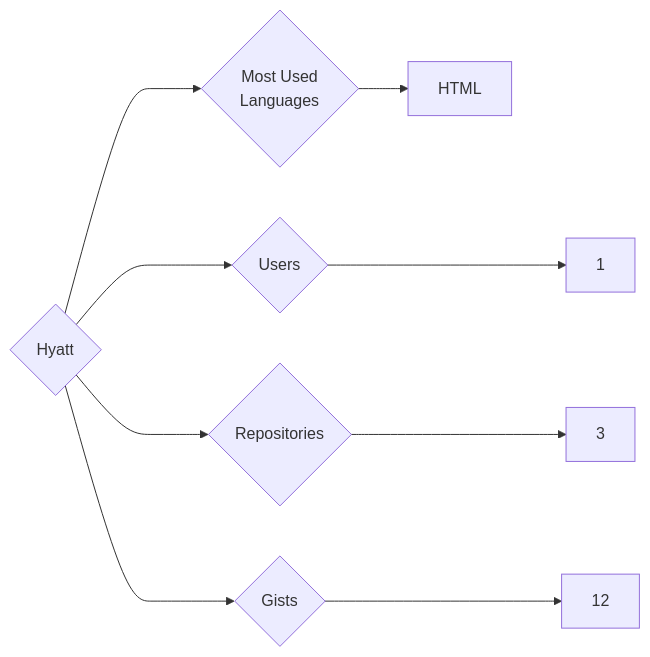
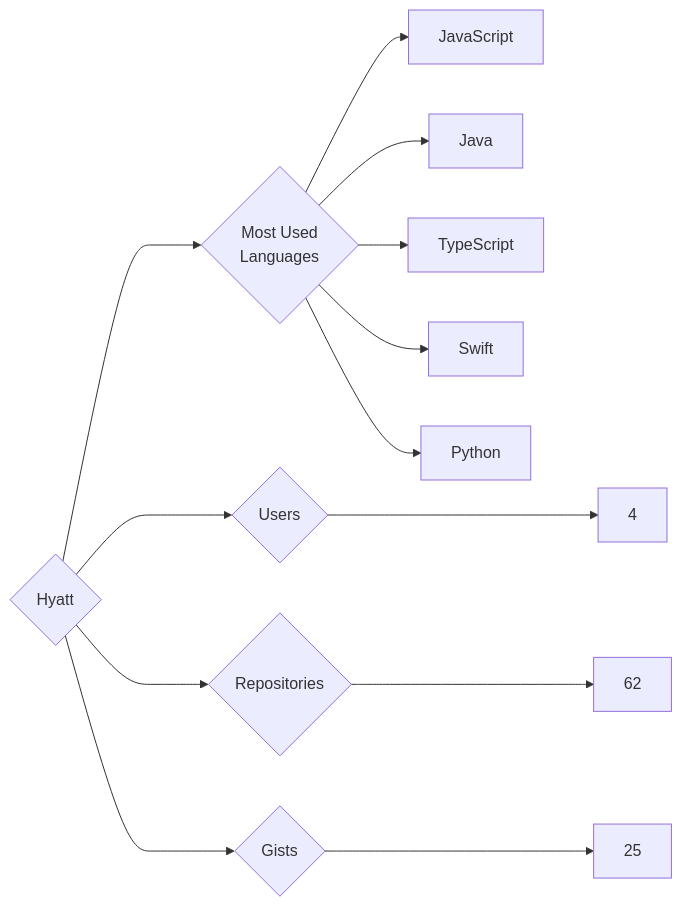
Before and after one commit to trickest/insiders: the diagram in targets/Hyatt/README.md, drawn with Mermaid. The commit also changed 718 other files, not shown here.

````diff
--- a/targets/Hyatt/README.md
+++ b/targets/Hyatt/README.md
@@ -3,9 +3,13 @@
 ```mermaid
 graph LR
 COMPANY_NAME{Hyatt}
-COMPANY_NAME ---> U{Users} ---> UN[1]
-COMPANY_NAME ---> R{Repositories} ---> RN[3]
-COMPANY_NAME ---> G{Gists} ---> GN[12]
+COMPANY_NAME ---> U{Users} ---> UN[4]
+COMPANY_NAME ---> R{Repositories} ---> RN[62]
+COMPANY_NAME ---> G{Gists} ---> GN[25]
 COMPANY_NAME ---> ML{Most Used<br>Languages}
-ML --> HTML[HTML]
+ML --> JavaScript[JavaScript]
+ML --> Java[Java]
+ML --> TypeScript[TypeScript]
+ML --> Swift[Swift]
+ML --> Python[Python]
 ```
````
